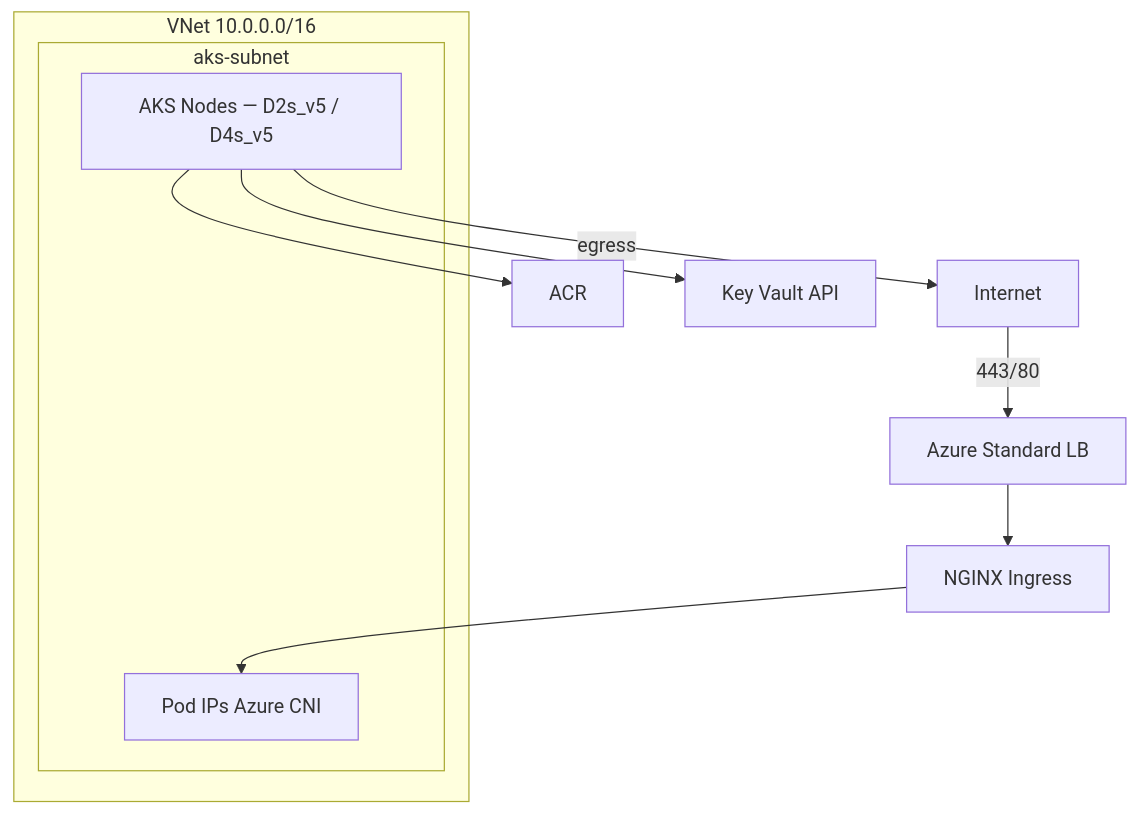
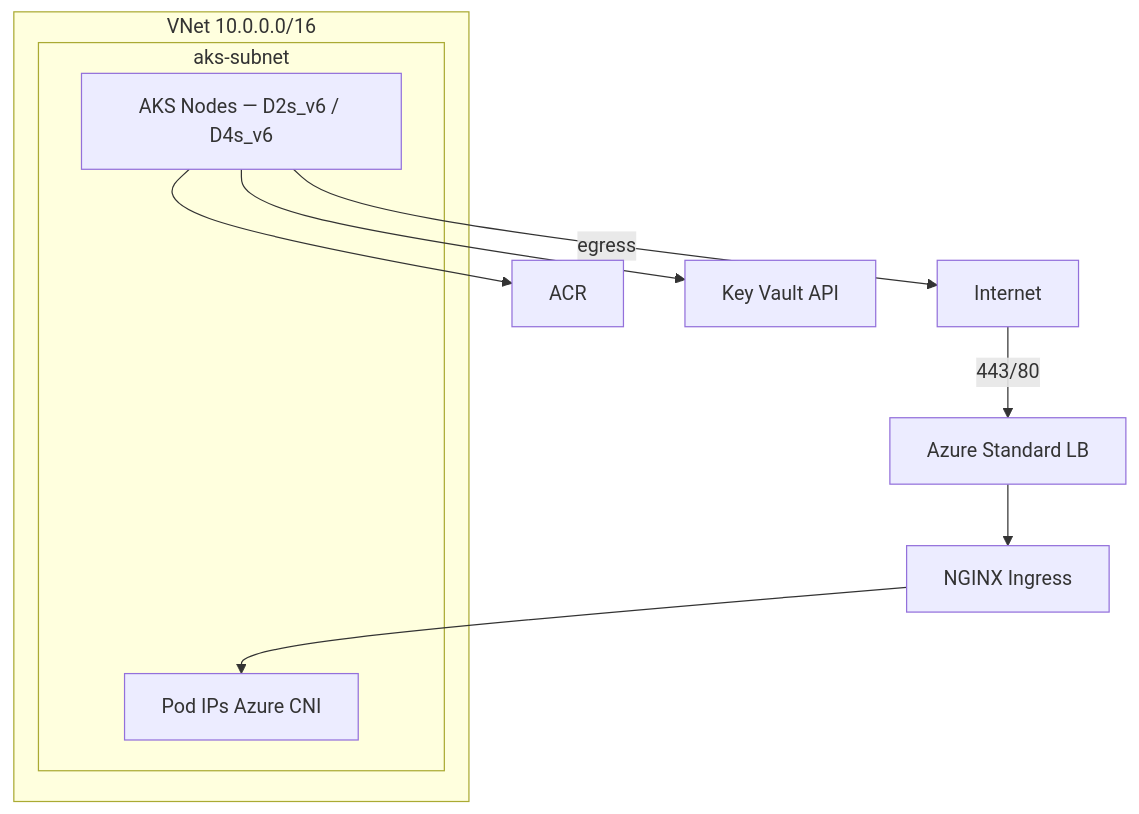
One commit to btilki/boutique-aks-devsecops changed the diagram in docs/architecture/06-network-design.md. Above: the diagram before and after it, drawn with Mermaid. The commit also changed 92 other files, not shown here.

````diff
--- a/docs/architecture/06-network-design.md
+++ b/docs/architecture/06-network-design.md
@@ -16,16 +16,16 @@
 ```mermaid
 flowchart TB
     subgraph VNet["VNet 10.0.0.0/16"]
         subgraph AKSSubnet["aks-subnet"]
-            NODES[AKS Nodes — D2s_v5 / D4s_v5]
+            NODES[AKS Nodes — D2s_v6 / D4s_v6]
             PODS[Pod IPs Azure CNI]
         end
     end
 
     INTERNET[Internet] -->|443/80| LB[Azure Standard LB]
     LB --> NGINX[NGINX Ingress]
     NGINX --> PODS
     NODES -->|egress| INTERNET
     NODES --> ACR[ACR]
     NODES --> KV[Key Vault API]
 ```
````
